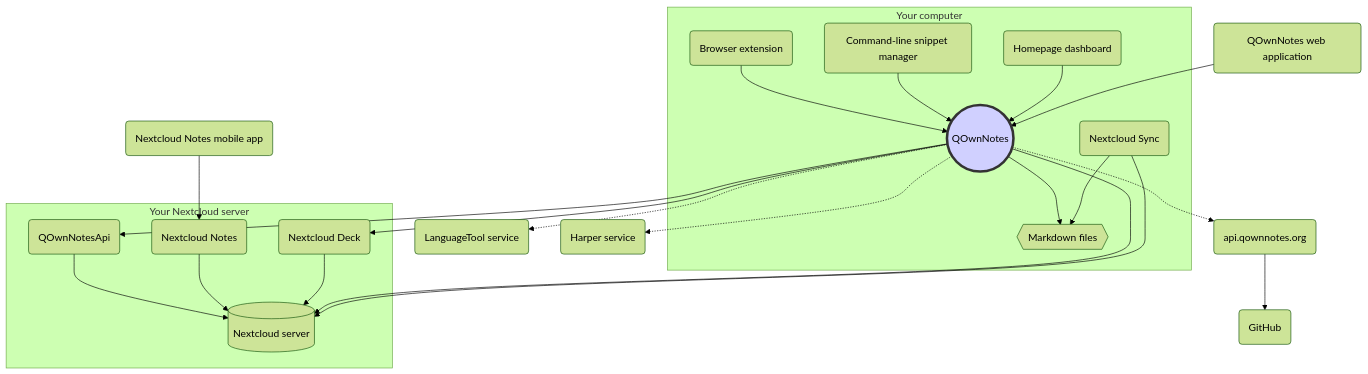
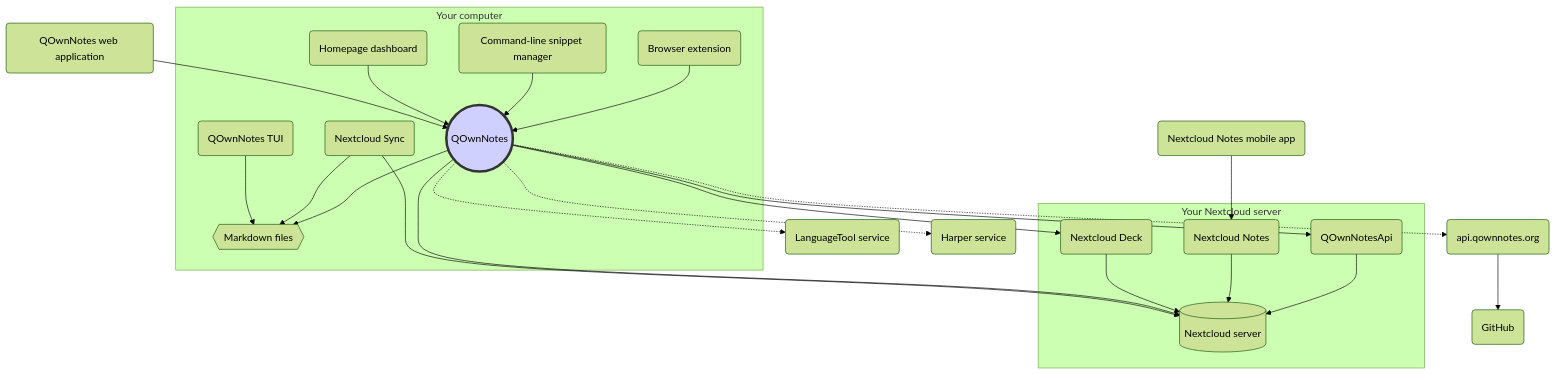
Before and after one commit to pbek/QOwnNotes: the diagram in webpage/src/es/getting-started/concept.md, drawn with Mermaid (forest theme). The commit also changed other lines of this file and 156 other files, not shown here.

````diff
--- a/webpage/src/es/getting-started/concept.md
+++ b/webpage/src/es/getting-started/concept.md
@@ -13,43 +13,45 @@
 ```mermaid
 graph TB
     subgraph Your computer
         qon((QOwnNotes))-->md{{"Markdown files"}}
         sync("Nextcloud Sync")-->md
         qon-comp("Browser extension")-->qon
         qc("Command-line snippet manager")-->qon
+        tui("QOwnNotes TUI")-->md
         homepage("Homepage dashboard")-->qon
     end
     subgraph Your Nextcloud server
         qon-api("QOwnNotesApi")-->ncs[("Nextcloud server")]
         nc-notes-app("Nextcloud Notes")-->ncs
         nc-deck-app("Nextcloud Deck")-->ncs
     end
 
     nc-notes-mob("Nextcloud Notes mobile app")-->nc-notes-app
     qon-web-app("QOwnNotes web application")-->qon
     qon-->qon-api
     qon-->ncs
     qon-->nc-deck-app
     sync-->ncs
     qon-.->lt("LanguageTool service")
     qon-.->harper("Harper service")
     qon-.->qon-web-api("api.qownnotes.org")
     qon-web-api-->github("GitHub")
 
     style qon fill:#d0d0ff,stroke:#333,stroke-width:4px
     click qon "/getting-started/concept.html#qownnotes" "QOwnNotes Desktop Application for managing your notes on your desktop computer"
     click md "/getting-started/concept.html#markdown-note-files" "Markdown, media and attachment files in your note folder"
     click qon-comp "/getting-started/concept.html#qownnotes-browser-extension" "QOwnNotes browser extension for managing bookmarks in markdown files and as web clipper"
     click qc "/getting-started/concept.html#qownnotes-command-line-snippet-manager" "QOwnNotes command-line snippet manager"
+    click tui "/getting-started/concept.html#qownnotes-tui" "QOwnNotes TUI, a keyboard-first terminal browser and editor for your Markdown note folders"
     click homepage "/getting-started/concept.html#homepage-dashboard" "Homepage dashboard using QOwnNotes bookmark suggestions"
     click sync "/getting-started/concept.html#nextcloud-desktop-sync-client" "Nextcloud desktop sync client to sync your notes to your server"
     click ncs "/getting-started/concept.html#nextcloud-server" "Nextcloud server to host your notes and other files"
     click qon-api "/getting-started/concept.html#qownnotesapi-nextcloud-app" "QOwnNotesAPI Nextcloud app to access your server-side trash and note versions"
     click nc-notes-app "/getting-started/concept.html#nextcloud-notes-server-app" "Nextcloud Notes server app to manage your notes in the web"
     click nc-notes-mob "/getting-started/concept.html#nextcloud-notes-mobile-app" "Nextcloud Notes mobile app to manage your notes on your mobile phone"
     click nc-deck-app "/getting-started/concept.html#nextcloud-deck-server-app" "Nextcloud Deck server app to manage reminders and todo lists in the web"
     click qon-web-app "/getting-started/concept.html#qownnotes-web-app" "QOwnNotes Web App to send photos from your mobile phone"
     click lt "/editor/languagetool.html" "Optional LanguageTool server for grammar and style checking"
     click harper "/editor/harper.html" "Optional Harper service for offline grammar and style checking"
     click qon-web-api "/getting-started/concept.html#api-qownnotes-org"
 ```
````
